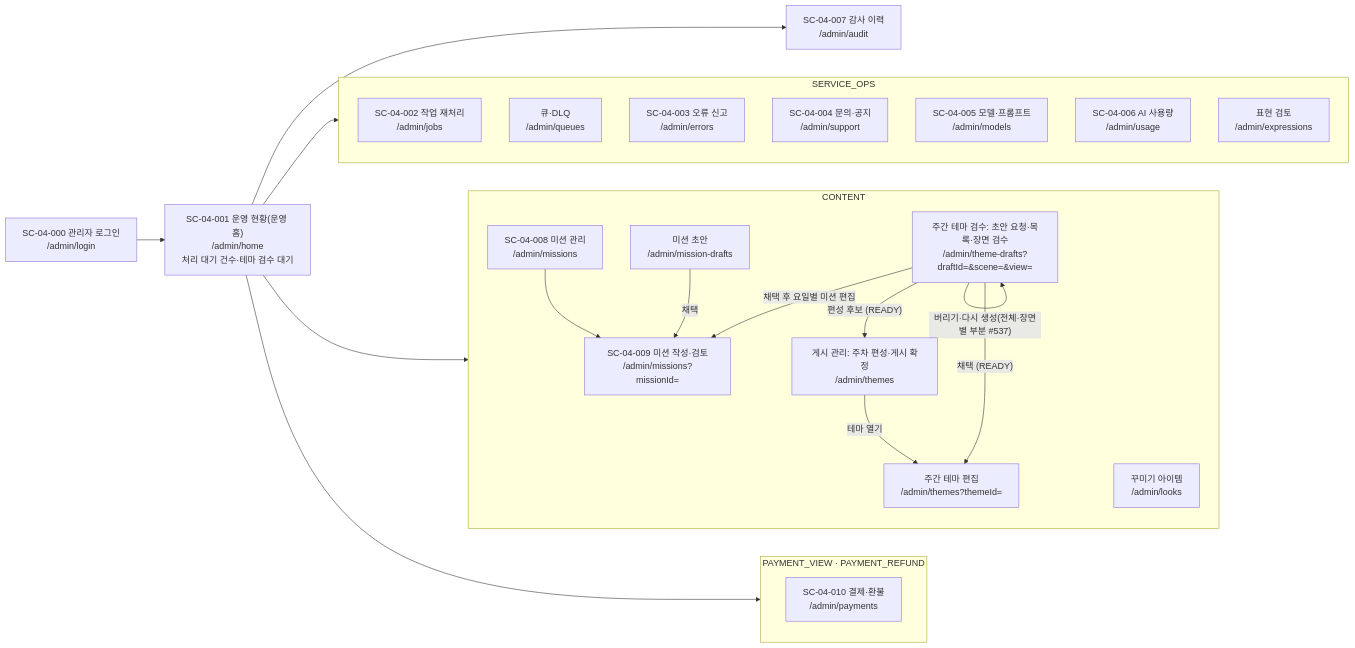
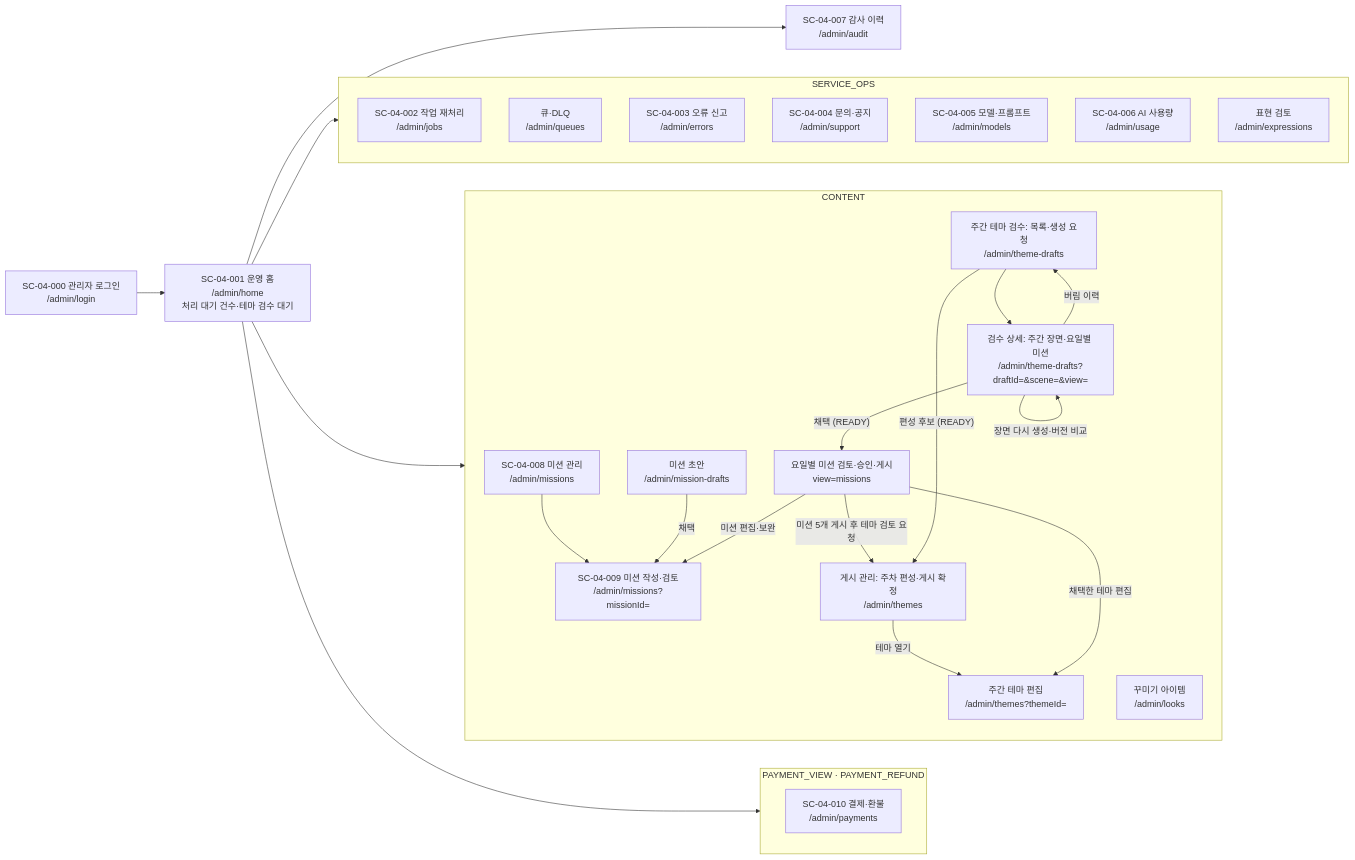
One commit to SKNETWORKS-FAMILY-AICAMP/SKN34-FINAL-3TEAM changed the fourth of 13 diagrams in docs/design/user-flow.md. Above: the diagram before and after it, drawn with Mermaid. The commit also changed other lines of this file and 63 other files, not shown here.

````diff
--- a/docs/design/user-flow.md
+++ b/docs/design/user-flow.md
@@ -206,32 +206,36 @@
 ```mermaid
 flowchart LR
-  AL["SC-04-000 관리자 로그인<br/>/admin/login"] --> AH["SC-04-001 운영 현황(운영 홈)<br/>/admin/home<br/>처리 대기 건수·테마 검수 대기"]
+  AL["SC-04-000 관리자 로그인<br/>/admin/login"] --> AH["SC-04-001 운영 홈<br/>/admin/home<br/>처리 대기 건수·테마 검수 대기"]
   AH --> AU["SC-04-007 감사 이력<br/>/admin/audit"]
 
   subgraph OPS["SERVICE_OPS"]
     J["SC-04-002 작업 재처리<br/>/admin/jobs"]
     QD["큐·DLQ<br/>/admin/queues"]
     ER["SC-04-003 오류 신고<br/>/admin/errors"]
     SP["SC-04-004 문의·공지<br/>/admin/support"]
     MD["SC-04-005 모델·프롬프트<br/>/admin/models"]
     US["SC-04-006 AI 사용량<br/>/admin/usage"]
     EX["표현 검토<br/>/admin/expressions"]
   end
   subgraph CON["CONTENT"]
     MI["SC-04-008 미션 관리<br/>/admin/missions"] --> ME["SC-04-009 미션 작성·검토<br/>/admin/missions?missionId="]
     MDR["미션 초안<br/>/admin/mission-drafts"] -->|"채택"| ME
     WT["게시 관리: 주차 편성·게시 확정<br/>/admin/themes"] -->|"테마 열기"| WE["주간 테마 편집<br/>/admin/themes?themeId="]
-    TD["주간 테마 검수: 초안 요청·목록·장면 검수<br/>/admin/theme-drafts?draftId=&scene=&view="] -->|"채택 (READY)"| WE
+    TD["주간 테마 검수: 목록·생성 요청<br/>/admin/theme-drafts"] --> RV["검수 상세: 주간 장면·요일별 미션<br/>/admin/theme-drafts?draftId=&scene=&view="]
+    RV -->|"채택 (READY)"| DM["요일별 미션 검토·승인·게시<br/>view=missions"]
+    DM -->|"미션 편집·보완"| ME
+    DM -->|"미션 5개 게시 후 테마 검토 요청"| WT
+    DM -->|"채택한 테마 편집"| WE
     TD -->|"편성 후보 (READY)"| WT
-    TD -->|"채택 후 요일별 미션 편집"| ME
-    TD -->|"버리기·다시 생성(전체·장면별 부분 #537)"| TD
+    RV -->|"장면 다시 생성·버전 비교"| RV
+    RV -->|"버림 이력"| TD
     LI["꾸미기 아이템<br/>/admin/looks"]
   end
   subgraph PAY["PAYMENT_VIEW · PAYMENT_REFUND"]
     PM["SC-04-010 결제·환불<br/>/admin/payments"]
   end
 
   AH --> OPS
   AH --> CON
   AH --> PAY
 ```
````
